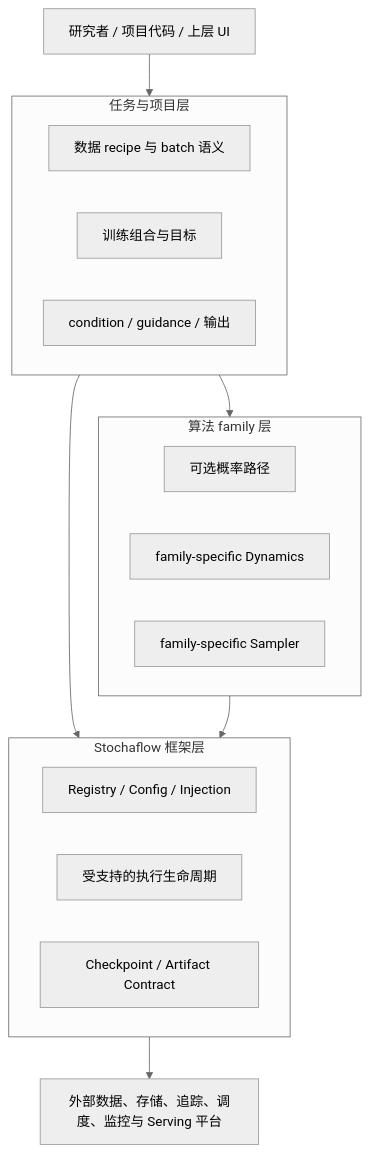
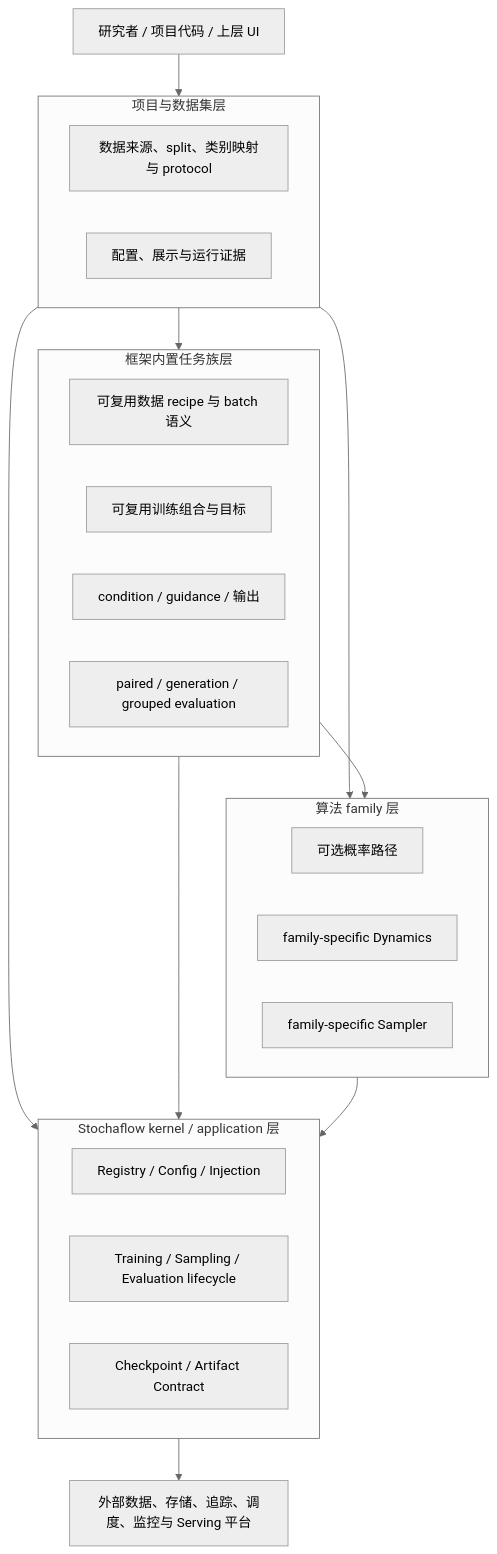
One commit to supermassiveasshole/stochaflow changed the diagram in docs/design/scope.md. Above: the diagram before and after it, drawn with Mermaid (neutral theme). The commit also changed other lines of this file and 21 other files, not shown here.

````diff
--- a/docs/design/scope.md
+++ b/docs/design/scope.md
@@ -42,30 +42,39 @@
 ```mermaid
 flowchart TB
     User["研究者 / 项目代码 / 上层 UI"]
 
-    subgraph Task["任务与项目层"]
-        Data["数据 recipe 与 batch 语义"]
-        Training["训练组合与目标"]
+    subgraph Project["项目与数据集层"]
+        Dataset["数据来源、split、类别映射与 protocol"]
+        Preset["配置、展示与运行证据"]
+    end
+
+    subgraph Builtin["框架内置任务族层"]
+        Data["可复用数据 recipe 与 batch 语义"]
+        Training["可复用训练组合与目标"]
         Sampling["condition / guidance / 输出"]
+        Evaluation["paired / generation / grouped evaluation"]
     end
 
     subgraph Family["算法 family 层"]
         Process["可选概率路径"]
         Dynamics["family-specific Dynamics"]
         Sampler["family-specific Sampler"]
     end
 
-    subgraph Core["Stochaflow 框架层"]
+    subgraph Core["Stochaflow kernel / application 层"]
         Registry["Registry / Config / Injection"]
-        Runtime["受支持的执行生命周期"]
+        Runtime["Training / Sampling / Evaluation lifecycle"]
         State["Checkpoint / Artifact Contract"]
     end
 
     External["外部数据、存储、追踪、调度、监控与 Serving 平台"]
 
-    User --> Task
-    Task --> Family
-    Task --> Core
+    User --> Project
+    Project --> Builtin
+    Project --> Family
+    Project --> Core
+    Builtin --> Family
+    Builtin --> Core
     Family --> Core
     Core --> External
 ```
````
